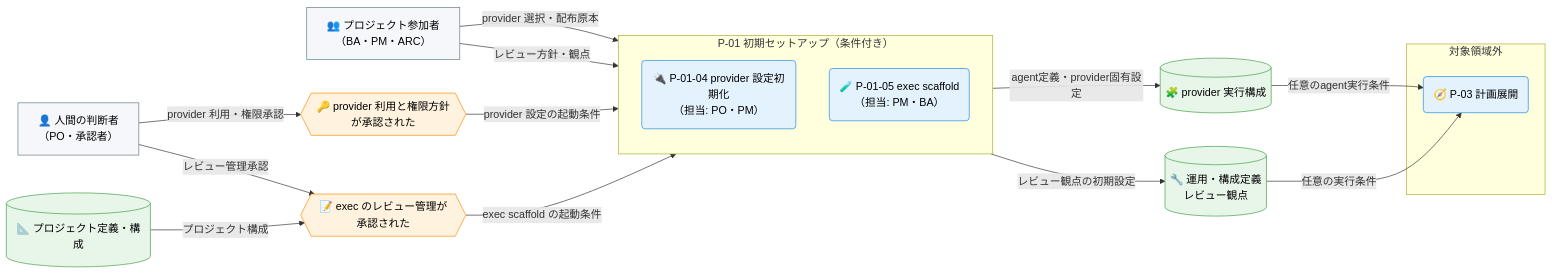
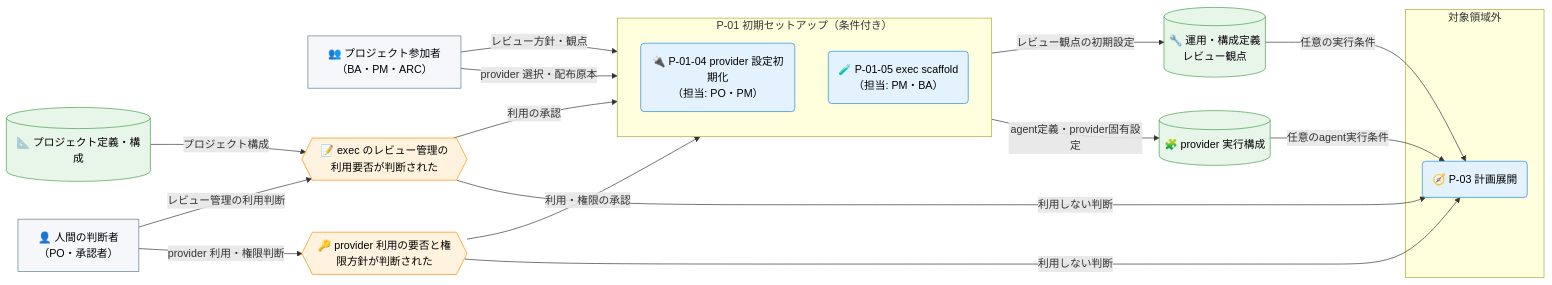
Before and after one commit to specdojo/specdojo: the second of 2 diagrams in docs/ja/product/010-business-specs/010-data-flow/cdfd-init.md, drawn with Mermaid. The commit also changed other lines of this file and 4 other files, not shown here.

Commit message:
exec(T-DATA-FLOW-cdfd-init-075): apply task changes

````diff
--- a/docs/ja/product/010-business-specs/010-data-flow/cdfd-init.md
+++ b/docs/ja/product/010-business-specs/010-data-flow/cdfd-init.md
@@ -103,47 +103,49 @@
 ```mermaid
 flowchart LR
   classDef process fill:#e3f2fd,stroke:#1e88e5,color:#000
   classDef event fill:#fff3e0,stroke:#fb8c00,color:#000
   classDef store fill:#e8f5e9,stroke:#43a047,color:#000
   classDef actor fill:#f5f7fa,stroke:#607d8b,color:#000
 
   人間判断者["👤 人間の判断者<br>（PO・承認者）"]
   プロジェクト参加者["👥 プロジェクト参加者<br>（BA・PM・ARC）"]
 
-  provider承認{{"🔑 provider 利用と権限方針が承認された"}}
-  exec承認{{"📝 exec のレビュー管理が承認された"}}
+  provider利用判断{{"🔑 provider 利用の要否と権限方針が判断された"}}
+  exec利用判断{{"📝 exec のレビュー管理の利用要否が判断された"}}
 
   プロジェクト構成[("📐 プロジェクト定義・構成")]
 
   subgraph 初期セットアップ["P-01 初期セットアップ（条件付き）"]
     direction TB
     provider初期化("🔌 P-01-04 provider 設定初期化<br>（担当: PO・PM）")
     execScaffold("🧪 P-01-05 exec scaffold<br>（担当: PM・BA）")
   end
 
   provider実行構成[("🧩 provider 実行構成")]
   運用構成定義[("🔧 運用・構成定義<br>レビュー観点")]
 
   subgraph 領域外["対象領域外"]
     計画展開("🧭 P-03 計画展開")
   end
 
-  人間判断者 -->|"provider 利用・権限承認"| provider承認
-  provider承認 -->|"provider 設定の起動条件"| provider初期化
+  人間判断者 -->|"provider 利用・権限判断"| provider利用判断
+  provider利用判断 -->|"利用・権限の承認"| provider初期化
+  provider利用判断 -->|"利用しない判断"| 計画展開
   プロジェクト参加者 -->|"provider 選択・配布原本"| provider初期化
   provider初期化 -->|"agent定義・provider固有設定"| provider実行構成
 
-  人間判断者 -->|"レビュー管理承認"| exec承認
-  プロジェクト構成 -->|"プロジェクト構成"| exec承認
-  exec承認 -->|"exec scaffold の起動条件"| execScaffold
+  人間判断者 -->|"レビュー管理の利用判断"| exec利用判断
+  プロジェクト構成 -->|"プロジェクト構成"| exec利用判断
+  exec利用判断 -->|"利用の承認"| execScaffold
+  exec利用判断 -->|"利用しない判断"| 計画展開
   プロジェクト参加者 -->|"レビュー方針・観点"| execScaffold
   execScaffold -->|"レビュー観点の初期設定"| 運用構成定義
 
   運用構成定義 -->|"任意の実行条件"| 計画展開
   provider実行構成 -->|"任意のagent実行条件"| 計画展開
 
   class provider初期化,execScaffold,計画展開 process
-  class provider承認,exec承認 event
+  class provider利用判断,exec利用判断 event
   class プロジェクト構成,provider実行構成,運用構成定義 store
   class 人間判断者,プロジェクト参加者 actor
 ```
````
